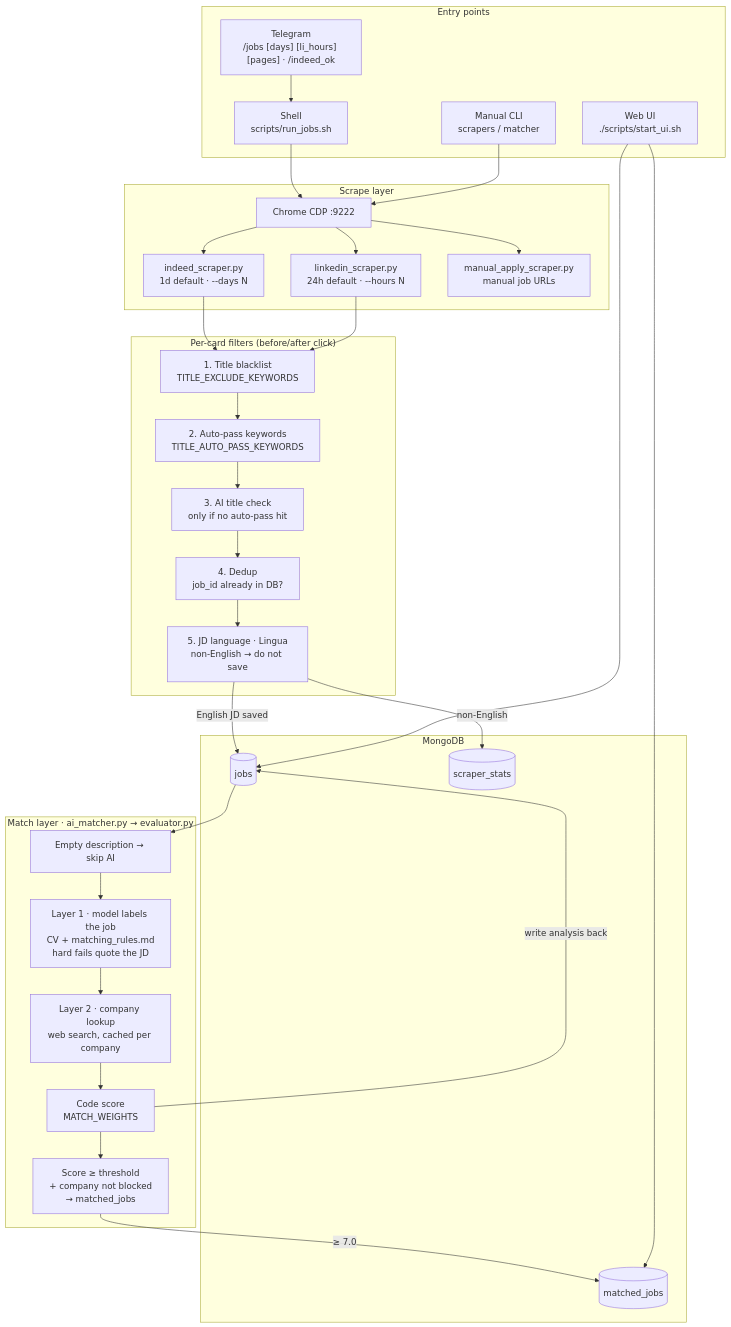
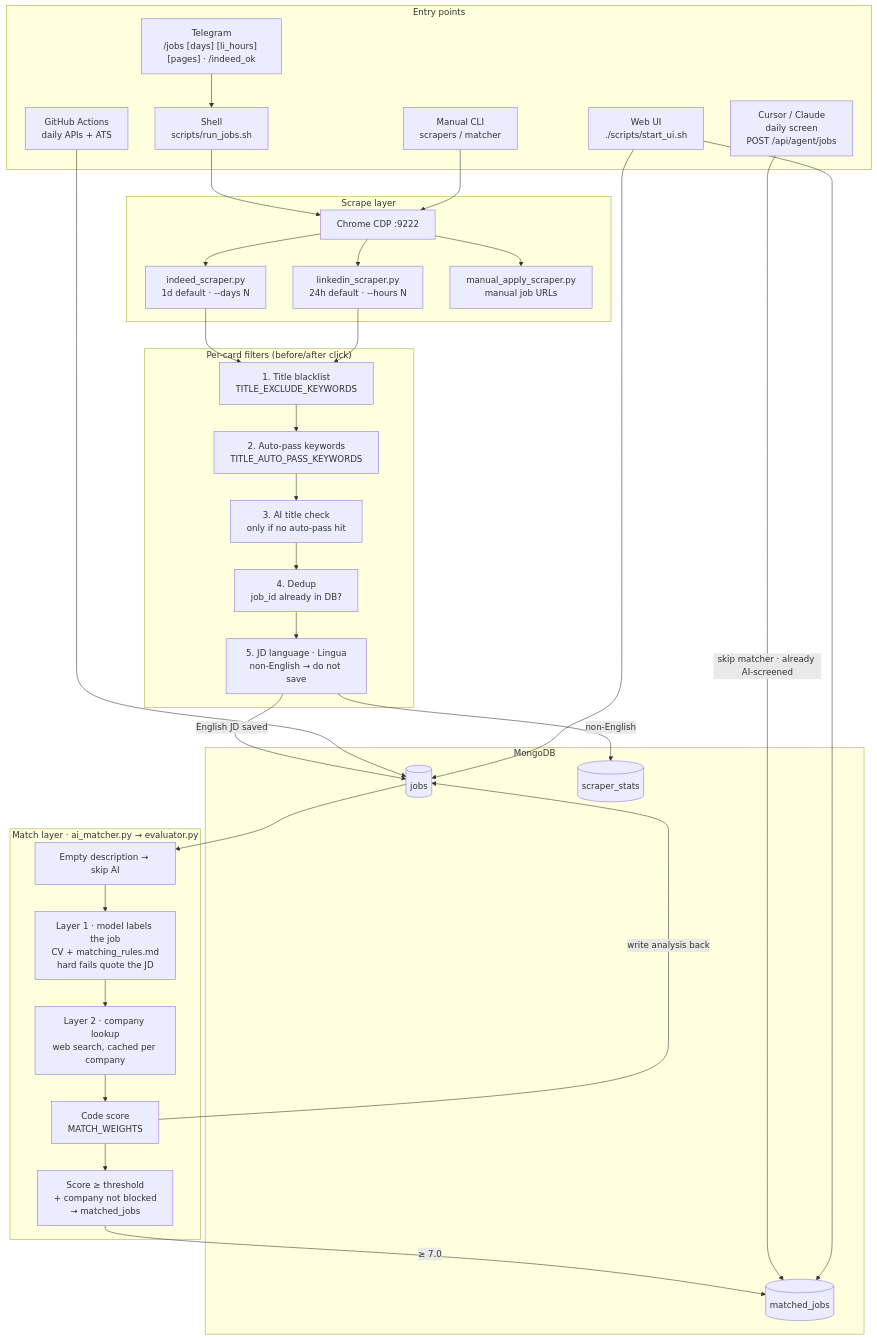
Before and after one commit to JialiNong/job_tracker: the first of 4 diagrams in docs/architecture.md, drawn with Mermaid. The commit also changed other lines of this file and 5 other files, not shown here.

````diff
--- a/docs/architecture.md
+++ b/docs/architecture.md
@@ -11,53 +13,57 @@
 ```mermaid
 flowchart TB
     subgraph Triggers["Entry points"]
         T1["Telegram<br/>/jobs [days] [li_hours] [pages] · /indeed_ok"]
         T2["Shell<br/>scripts/run_jobs.sh"]
+        T3["GitHub Actions<br/>daily APIs + ATS"]
         T4["Web UI<br/>./scripts/start_ui.sh"]
         T5["Manual CLI<br/>scrapers / matcher"]
+        T6["Cursor / Claude<br/>daily screen<br/>POST /api/agent/jobs"]
     end
 
     subgraph Scrape["Scrape layer"]
         Chrome["Chrome CDP :9222"]
         Indeed["indeed_scraper.py<br/>1d default · --days N"]
         LI["linkedin_scraper.py<br/>24h default · --hours N"]
         Manual["manual_apply_scraper.py<br/>manual job URLs"]
     end
 
     subgraph Filters["Per-card filters (before/after click)"]
         F1["1. Title blacklist<br/>TITLE_EXCLUDE_KEYWORDS"]
         F2["2. Auto-pass keywords<br/>TITLE_AUTO_PASS_KEYWORDS"]
         F3["3. AI title check<br/>only if no auto-pass hit"]
         F4["4. Dedup<br/>job_id already in DB?"]
         F5["5. JD language · Lingua<br/>non-English → do not save"]
     end
 
     subgraph Store["MongoDB"]
         Jobs[("jobs")]
         Matched[("matched_jobs")]
         Stats[("scraper_stats")]
     end
 
     subgraph Match["Match layer · ai_matcher.py → evaluator.py"]
         M0["Empty description → skip AI"]
         M1["Layer 1 · model labels the job<br/>CV + matching_rules.md<br/>hard fails quote the JD"]
         M1b["Layer 2 · company lookup<br/>web search, cached per company"]
         M2["Code score<br/>MATCH_WEIGHTS"]
         M3["Score ≥ threshold<br/>+ company not blocked<br/>→ matched_jobs"]
     end
 
     T1 --> T2
     T2 --> Chrome
     T5 --> Chrome
     Chrome --> Indeed & LI & Manual
 
     Indeed & LI --> F1 --> F2 --> F3 --> F4 --> F5
     F5 -->|English JD saved| Jobs
     F5 -->|non-English| Stats
 
+    T3 --> Jobs
     Jobs --> M0 --> M1 --> M1b --> M2 --> M3
     M3 -->|≥ 7.0| Matched
     M2 -->|write analysis back| Jobs
 
+    T6 -->|skip matcher · already AI-screened| Matched
     T4 --> Matched & Jobs
 ```
````
